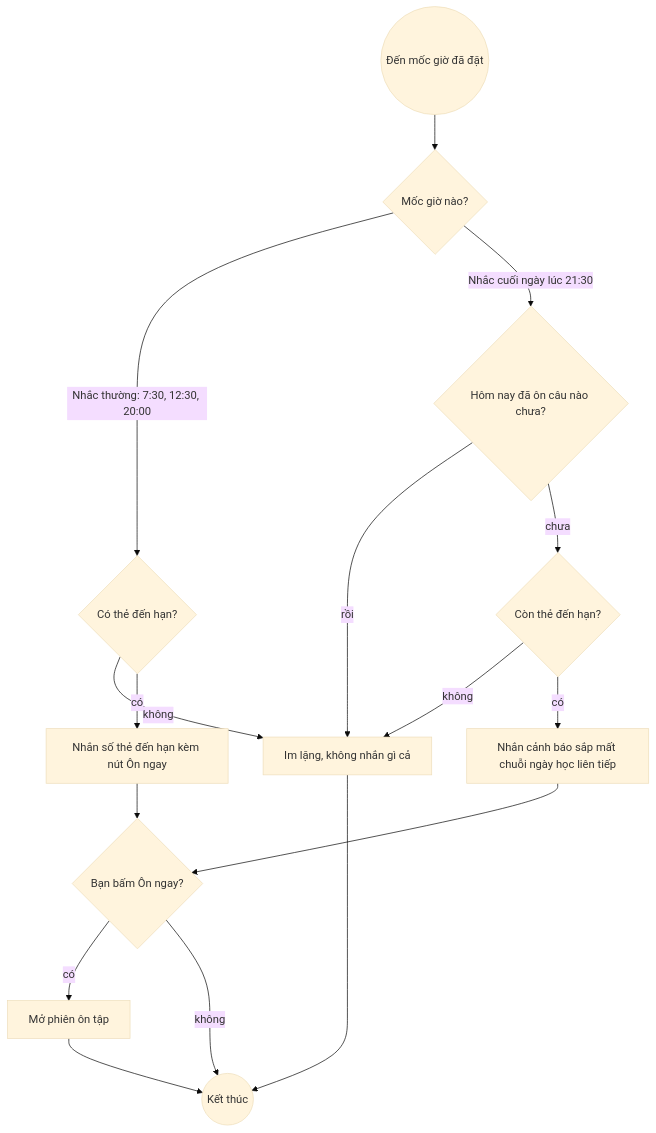
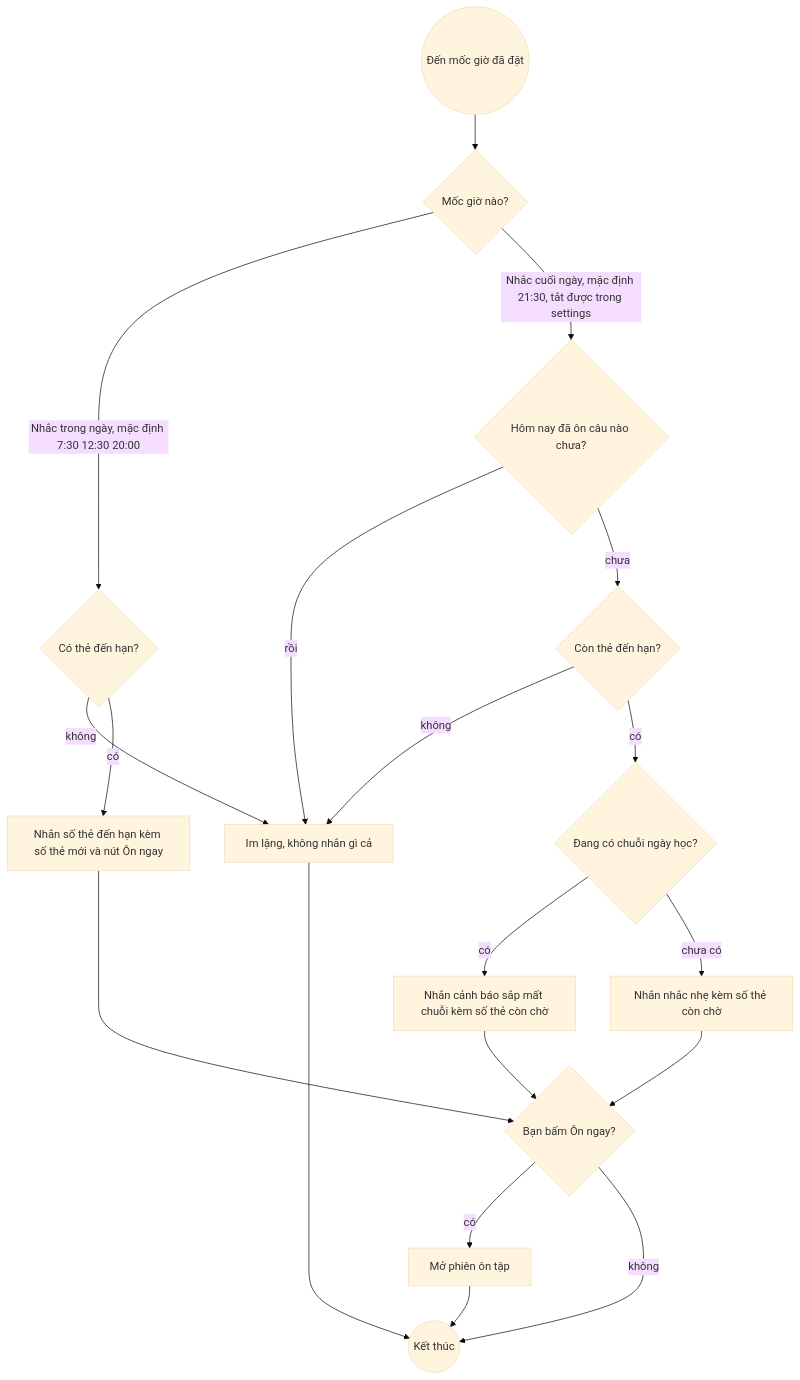
The fourth of 5 diagrams in docs/reminder-bot/srs/reminder-bot-flows.md (Maybenex1ime/Anki-bot-telegram), drawn with Mermaid (base theme) before and after one commit. The commit also changed other lines of this file, not shown here.

Commit message:
docs: fix flow diagrams against real code (CSV order, /luyen loops, missing branches)

````diff
--- a/docs/reminder-bot/srs/reminder-bot-flows.md
+++ b/docs/reminder-bot/srs/reminder-bot-flows.md
@@ -150,18 +172,21 @@
 ```mermaid
 flowchart TB
     Start((Đến mốc giờ đã đặt)) --> Which{Mốc giờ nào?}
-    Which -->|Nhắc thường: 7:30, 12:30, 20:00| Due{Có thẻ đến hạn?}
+    Which -->|Nhắc trong ngày, mặc định 7:30 12:30 20:00| Due{Có thẻ đến hạn?}
     Due -->|không| Quiet[Im lặng, không nhắn gì cả]
     Quiet --> End((Kết thúc))
-    Due -->|có| Ping[Nhắn số thẻ đến hạn kèm nút Ôn ngay]
+    Due -->|có| Ping[Nhắn số thẻ đến hạn kèm số thẻ mới và nút Ôn ngay]
     Ping --> Tap{Bạn bấm Ôn ngay?}
     Tap -->|có| Session[Mở phiên ôn tập]
     Session --> End
     Tap -->|không| End
-    Which -->|Nhắc cuối ngày lúc 21:30| Did{Hôm nay đã ôn câu nào chưa?}
+    Which -->|Nhắc cuối ngày, mặc định 21:30, tắt được trong settings| Did{Hôm nay đã ôn câu nào chưa?}
     Did -->|rồi| Quiet
     Did -->|chưa| Left{Còn thẻ đến hạn?}
     Left -->|không| Quiet
-    Left -->|có| Streak[Nhắn cảnh báo sắp mất chuỗi ngày học liên tiếp]
-    Streak --> Tap
+    Left -->|có| Streak{Đang có chuỗi ngày học?}
+    Streak -->|có| Flame[Nhắn cảnh báo sắp mất chuỗi kèm số thẻ còn chờ]
+    Streak -->|chưa có| Plain[Nhắn nhắc nhẹ kèm số thẻ còn chờ]
+    Flame --> Tap
+    Plain --> Tap
 ```
````
